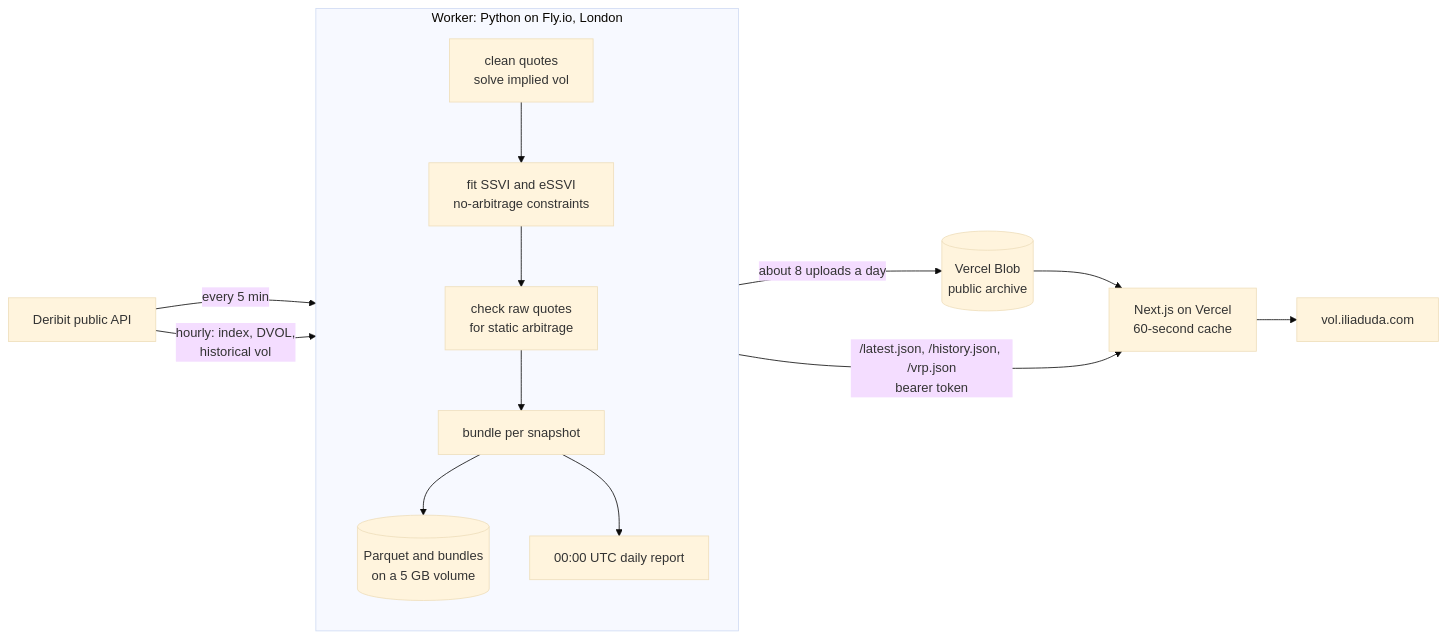
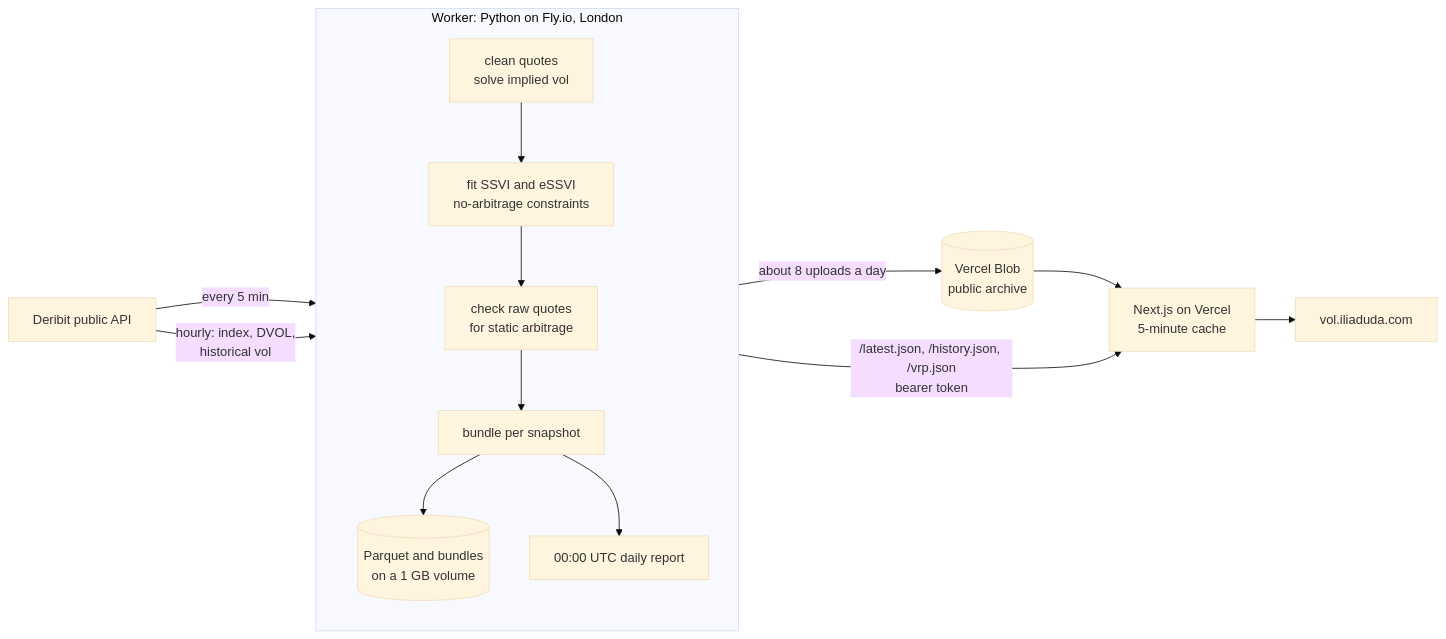
The diagram in README.md (dudailia/vol-surface-live), drawn with Mermaid (base theme) before and after one commit. The commit also changed other lines of this file and 8 other files, not shown here.

````diff
--- a/README.md
+++ b/README.md
@@ -34,17 +34,17 @@
 ```mermaid
 flowchart LR
   D[Deribit public API] -->|every 5 min| W
   D -->|hourly: index, DVOL,<br/>historical vol| W
   subgraph W[Worker: Python on Fly.io, London]
     direction TB
     C[clean quotes<br/>solve implied vol] --> F[fit SSVI and eSSVI<br/>no-arbitrage constraints]
     F --> A[check raw quotes<br/>for static arbitrage]
     A --> B[bundle per snapshot]
-    B --> P[(Parquet and bundles<br/>on a 5 GB volume)]
+    B --> P[(Parquet and bundles<br/>on a 1 GB volume)]
     B --> R[00:00 UTC daily report]
   end
-  W -->|/latest.json, /history.json, /vrp.json<br/>bearer token| V[Next.js on Vercel<br/>60-second cache]
+  W -->|/latest.json, /history.json, /vrp.json<br/>bearer token| V[Next.js on Vercel<br/>5-minute cache]
   R -->|about 8 uploads a day| BL[(Vercel Blob<br/>public archive)]
   BL --> V
   V --> U[vol.iliaduda.com]
 ```
````
